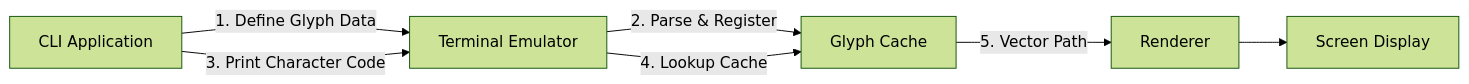
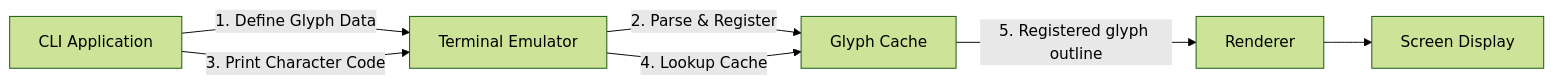
Before and after one commit to rebugui/rebugui.github.io: the diagram in content/post/DevOps/Glyph-Protocol-터미널에서-런타임-벡터-글리프-렌더링/index.md, drawn with Mermaid (forest theme). The commit also changed 20 other files, not shown here.

````diff
--- a/content/post/DevOps/Glyph-Protocol-터미널에서-런타임-벡터-글리프-렌더링/index.md
+++ b/content/post/DevOps/Glyph-Protocol-터미널에서-런타임-벡터-글리프-렌더링/index.md
@@ -36,9 +36,9 @@
 ```mermaid
 graph LR
     A[CLI Application] -->|1. Define Glyph Data| B[Terminal Emulator]
     B -->|2. Parse & Register| C[Glyph Cache]
     A -->|3. Print Character Code| B
     B -->|4. Lookup Cache| C
-    C -->|5. Vector Path| D[Renderer]
+    C -->|5. Registered glyph outline| D[Renderer]
     D --> E[Screen Display]
 ```
````
